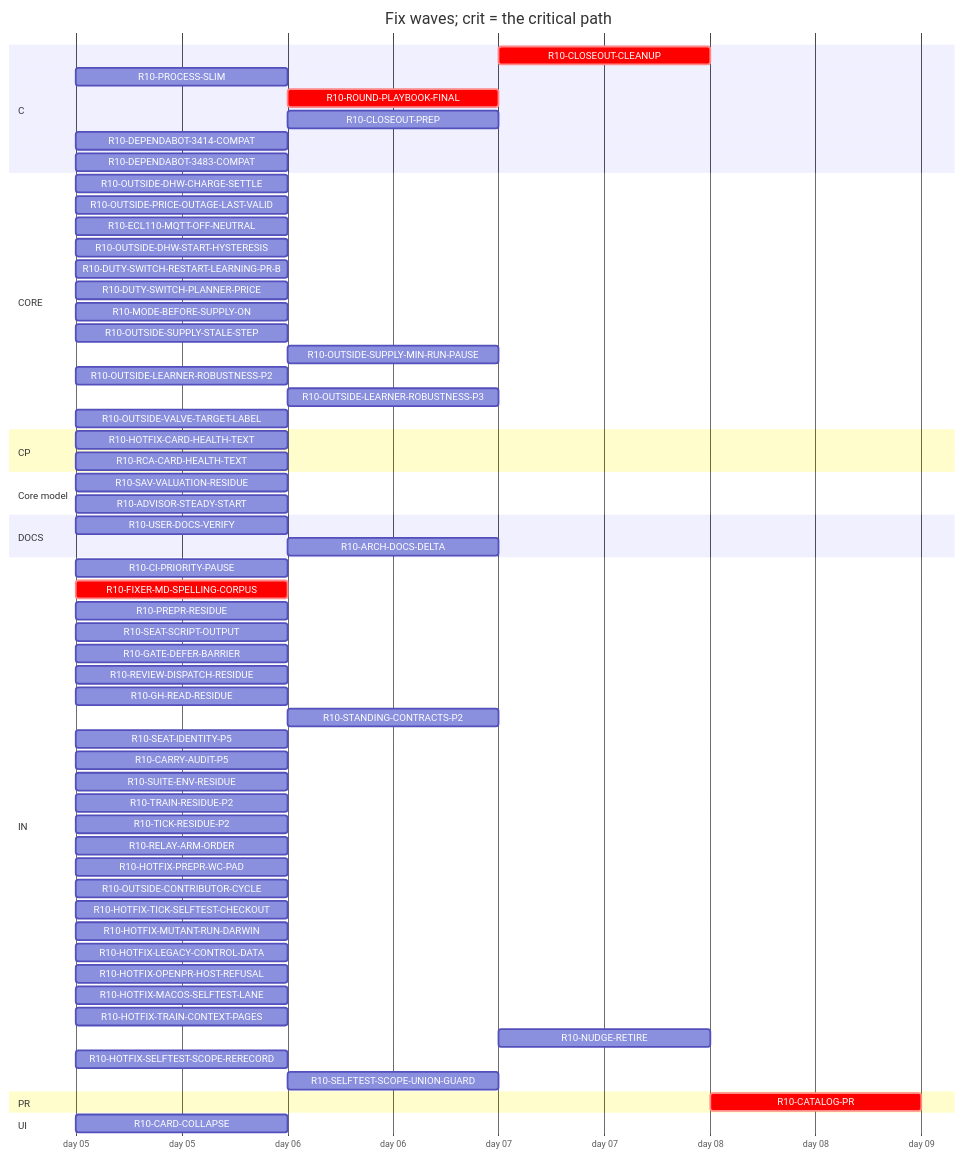
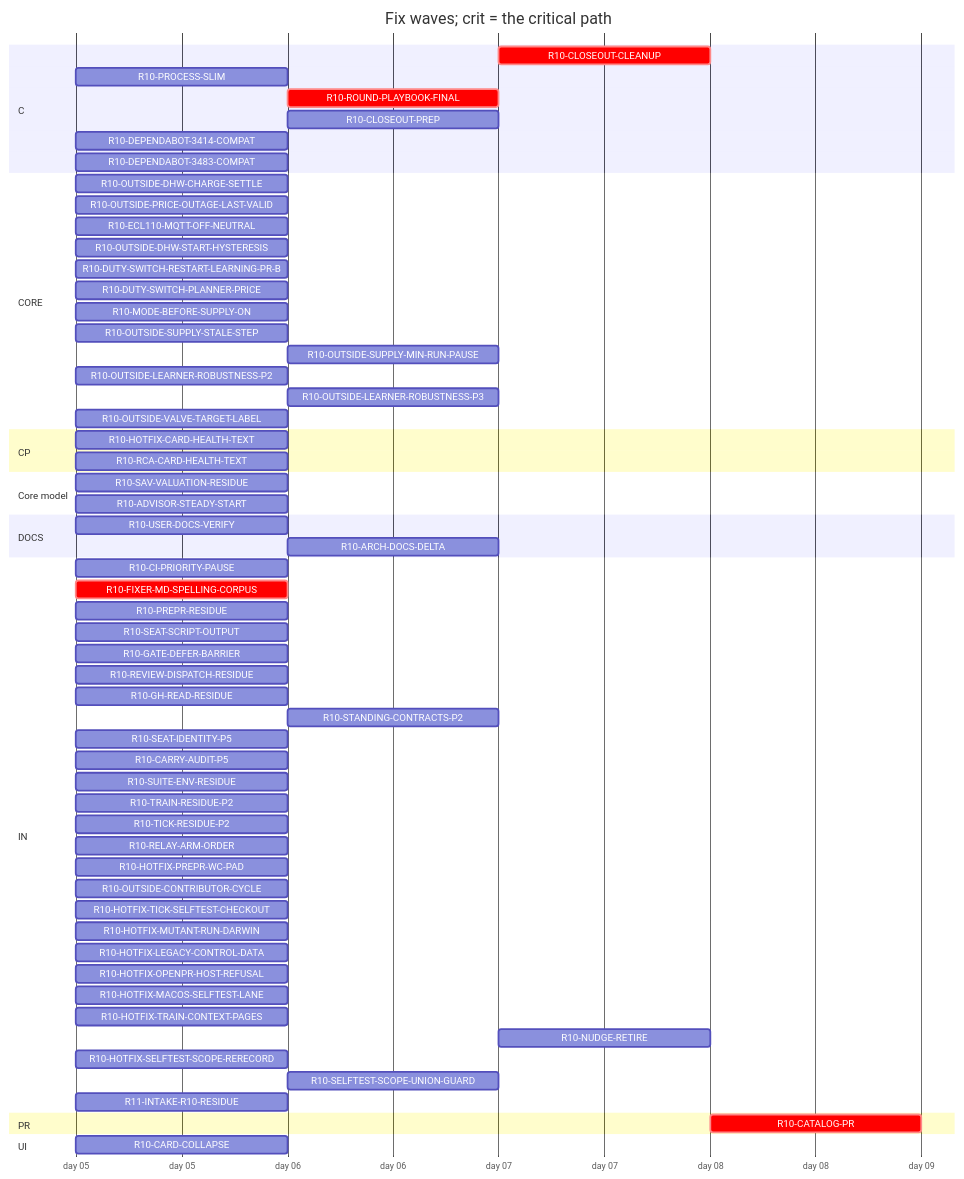
Before and after one commit to tvofi/heatpump_optimizer: the diagram in handoff/round10/state/PLAN-TABLE.md, drawn with Mermaid. The commit also changed other lines of this file and 4 other files, not shown here.

Commit message:
state: FLOW-BOARD.md, NEXT-SESSION-PROMPT.md, PLAN-TABLE.md, PLAN.html, RESUME-CURRENT.md regenerated (state_docs.py)

````diff
--- a/handoff/round10/state/PLAN-TABLE.md
+++ b/handoff/round10/state/PLAN-TABLE.md
@@ -21,65 +21,66 @@
 ```mermaid
 gantt
   title Fix waves; crit = the critical path
   dateFormat YYYY-MM-DD
   axisFormat day %d
   section C
     R10-CLOSEOUT-CLEANUP :crit, r10CLOSEOUTCLEANUP, after r10USERDOCSVERIFY r10ROUNDPLAYBOOKFINAL r10CLOSEOUTPREP r10ARCHDOCSDELTA, 1d
     R10-PROCESS-SLIM :r10PROCESSSLIM, 2026-01-05, 1d
     R10-ROUND-PLAYBOOK-FINAL :crit, r10ROUNDPLAYBOOKFINAL, after r10FIXERMDSPELLINGCORPUS, 1d
     R10-CLOSEOUT-PREP :r10CLOSEOUTPREP, after r10FIXERMDSPELLINGCORPUS, 1d
     R10-DEPENDABOT-3414-COMPAT :r10DEPENDABOT3414COMPAT, 2026-01-05, 1d
     R10-DEPENDABOT-3483-COMPAT :r10DEPENDABOT3483COMPAT, 2026-01-05, 1d
   section CORE
     R10-OUTSIDE-DHW-CHARGE-SETTLE :r10OUTSIDEDHWCHARGESETTLE, 2026-01-05, 1d
     R10-OUTSIDE-PRICE-OUTAGE-LAST-VALID :r10OUTSIDEPRICEOUTAGELASTVALID, 2026-01-05, 1d
     R10-ECL110-MQTT-OFF-NEUTRAL :r10ECL110MQTTOFFNEUTRAL, 2026-01-05, 1d
     R10-OUTSIDE-DHW-START-HYSTERESIS :r10OUTSIDEDHWSTARTHYSTERESIS, 2026-01-05, 1d
     R10-DUTY-SWITCH-RESTART-LEARNING-PR-B :r10DUTYSWITCHRESTARTLEARNINGPRB, 2026-01-05, 1d
     R10-DUTY-SWITCH-PLANNER-PRICE :r10DUTYSWITCHPLANNERPRICE, 2026-01-05, 1d
     R10-MODE-BEFORE-SUPPLY-ON :r10MODEBEFORESUPPLYON, 2026-01-05, 1d
     R10-OUTSIDE-SUPPLY-STALE-STEP :r10OUTSIDESUPPLYSTALESTEP, 2026-01-05, 1d
     R10-OUTSIDE-SUPPLY-MIN-RUN-PAUSE :r10OUTSIDESUPPLYMINRUNPAUSE, after r10OUTSIDESUPPLYSTALESTEP, 1d
     R10-OUTSIDE-LEARNER-ROBUSTNESS-P2 :r10OUTSIDELEARNERROBUSTNESSP2, 2026-01-05, 1d
     R10-OUTSIDE-LEARNER-ROBUSTNESS-P3 :r10OUTSIDELEARNERROBUSTNESSP3, after r10OUTSIDELEARNERROBUSTNESSP2, 1d
     R10-OUTSIDE-VALVE-TARGET-LABEL :r10OUTSIDEVALVETARGETLABEL, 2026-01-05, 1d
   section CP
     R10-HOTFIX-CARD-HEALTH-TEXT :r10HOTFIXCARDHEALTHTEXT, 2026-01-05, 1d
     R10-RCA-CARD-HEALTH-TEXT :r10RCACARDHEALTHTEXT, 2026-01-05, 1d
   section Core model
     R10-SAV-VALUATION-RESIDUE :r10SAVVALUATIONRESIDUE, 2026-01-05, 1d
     R10-ADVISOR-STEADY-START :r10ADVISORSTEADYSTART, 2026-01-05, 1d
   section DOCS
     R10-USER-DOCS-VERIFY :r10USERDOCSVERIFY, 2026-01-05, 1d
     R10-ARCH-DOCS-DELTA :r10ARCHDOCSDELTA, after r10SAVVALUATIONRESIDUE r10ADVISORSTEADYSTART r10PROCESSSLIM, 1d
   section IN
     R10-CI-PRIORITY-PAUSE :r10CIPRIORITYPAUSE, 2026-01-05, 1d
     R10-FIXER-MD-SPELLING-CORPUS :crit, r10FIXERMDSPELLINGCORPUS, 2026-01-05, 1d
     R10-PREPR-RESIDUE :r10PREPRRESIDUE, 2026-01-05, 1d
     R10-SEAT-SCRIPT-OUTPUT :r10SEATSCRIPTOUTPUT, 2026-01-05, 1d
     R10-GATE-DEFER-BARRIER :r10GATEDEFERBARRIER, 2026-01-05, 1d
     R10-REVIEW-DISPATCH-RESIDUE :r10REVIEWDISPATCHRESIDUE, 2026-01-05, 1d
     R10-GH-READ-RESIDUE :r10GHREADRESIDUE, 2026-01-05, 1d
     R10-STANDING-CONTRACTS-P2 :r10STANDINGCONTRACTSP2, after r10FIXERMDSPELLINGCORPUS, 1d
     R10-SEAT-IDENTITY-P5 :r10SEATIDENTITYP5, 2026-01-05, 1d
     R10-CARRY-AUDIT-P5 :r10CARRYAUDITP5, 2026-01-05, 1d
     R10-SUITE-ENV-RESIDUE :r10SUITEENVRESIDUE, 2026-01-05, 1d
     R10-TRAIN-RESIDUE-P2 :r10TRAINRESIDUEP2, 2026-01-05, 1d
     R10-TICK-RESIDUE-P2 :r10TICKRESIDUEP2, 2026-01-05, 1d
     R10-RELAY-ARM-ORDER :r10RELAYARMORDER, 2026-01-05, 1d
     R10-HOTFIX-PREPR-WC-PAD :r10HOTFIXPREPRWCPAD, 2026-01-05, 1d
     R10-OUTSIDE-CONTRIBUTOR-CYCLE :r10OUTSIDECONTRIBUTORCYCLE, 2026-01-05, 1d
     R10-HOTFIX-TICK-SELFTEST-CHECKOUT :r10HOTFIXTICKSELFTESTCHECKOUT, 2026-01-05, 1d
     R10-HOTFIX-MUTANT-RUN-DARWIN :r10HOTFIXMUTANTRUNDARWIN, 2026-01-05, 1d
     R10-HOTFIX-LEGACY-CONTROL-DATA :r10HOTFIXLEGACYCONTROLDATA, 2026-01-05, 1d
     R10-HOTFIX-OPENPR-HOST-REFUSAL :r10HOTFIXOPENPRHOSTREFUSAL, 2026-01-05, 1d
     R10-HOTFIX-MACOS-SELFTEST-LANE :r10HOTFIXMACOSSELFTESTLANE, 2026-01-05, 1d
     R10-HOTFIX-TRAIN-CONTEXT-PAGES :r10HOTFIXTRAINCONTEXTPAGES, 2026-01-05, 1d
     R10-NUDGE-RETIRE :r10NUDGERETIRE, after r10ROUNDPLAYBOOKFINAL, 1d
     R10-HOTFIX-SELFTEST-SCOPE-RERECORD :r10HOTFIXSELFTESTSCOPERERECORD, 2026-01-05, 1d
     R10-SELFTEST-SCOPE-UNION-GUARD :r10SELFTESTSCOPEUNIONGUARD, after r10HOTFIXSELFTESTSCOPERERECORD, 1d
+    R11-INTAKE-R10-RESIDUE :r11INTAKER10RESIDUE, 2026-01-05, 1d
   section PR
     R10-CATALOG-PR :crit, r10CATALOGPR, after r10USERDOCSVERIFY r10ROUNDPLAYBOOKFINAL r10CLOSEOUTCLEANUP r10CLOSEOUTPREP r10ARCHDOCSDELTA, 1d
   section UI
     R10-CARD-COLLAPSE :r10CARDCOLLAPSE, 2026-01-05, 1d
 ```
````
